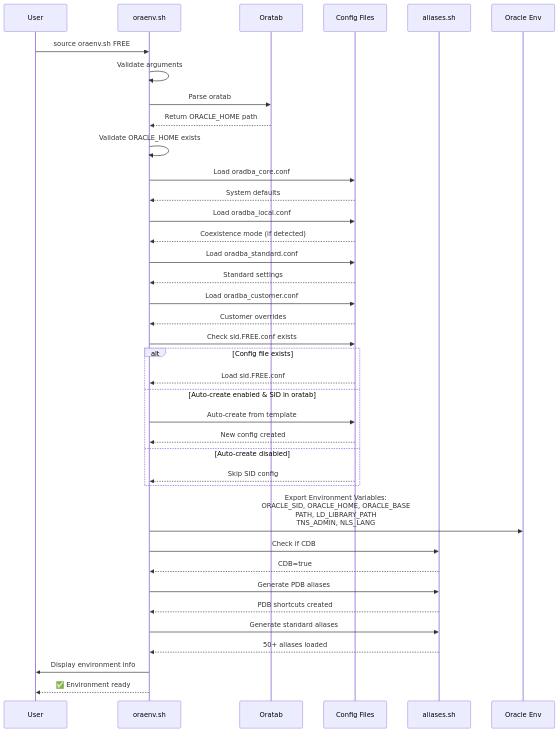
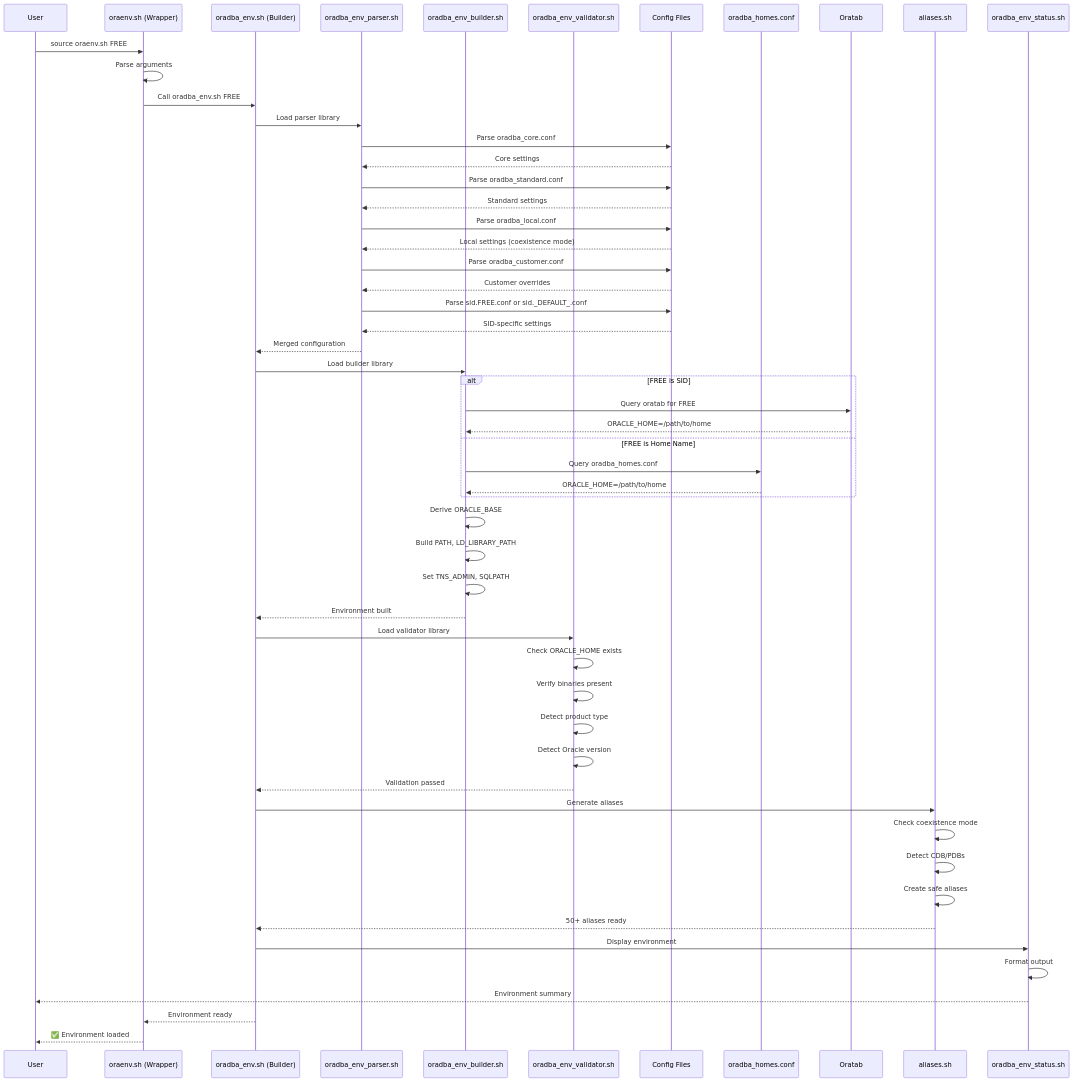
One commit to oehrlis/oradba changed the ninth of 13 diagrams in doc/images/source/diagrams-mermaid.md. Above: the diagram before and after it, drawn with Mermaid. The commit also changed other lines of this file, not shown here.

First line of the commit message:
Phase 5.3: Update Mermaid diagrams for Phase 1-4 configuration system

````diff
--- a/doc/images/source/diagrams-mermaid.md
+++ b/doc/images/source/diagrams-mermaid.md
@@ -505,53 +544,71 @@
 ```mermaid
 sequenceDiagram
     participant User
-    participant oraenv.sh
+    participant oraenv.sh as oraenv.sh (Wrapper)
+    participant oradba_env as oradba_env.sh (Builder)
+    participant Parser as oradba_env_parser.sh
+    participant Builder as oradba_env_builder.sh
+    participant Validator as oradba_env_validator.sh
+    participant Config as Config Files
+    participant Homes as oradba_homes.conf
     participant Oratab
-    participant Config as Config Files
     participant Aliases as aliases.sh
-    participant Oracle as Oracle Env
+    participant Status as oradba_env_status.sh
     
     User->>oraenv.sh: source oraenv.sh FREE
-    oraenv.sh->>oraenv.sh: Validate arguments
+    oraenv.sh->>oraenv.sh: Parse arguments
+    oraenv.sh->>oradba_env: Call oradba_env.sh FREE
     
-    oraenv.sh->>Oratab: Parse oratab
-    Oratab-->>oraenv.sh: Return ORACLE_HOME path
+    oradba_env->>Parser: Load parser library
+    Parser->>Config: Parse oradba_core.conf
+    Config-->>Parser: Core settings
     
-    oraenv.sh->>oraenv.sh: Validate ORACLE_HOME exists
+    Parser->>Config: Parse oradba_standard.conf
+    Config-->>Parser: Standard settings
     
-    oraenv.sh->>Config: Load oradba_core.conf
-    Config-->>oraenv.sh: System defaults
+    Parser->>Config: Parse oradba_local.conf
+    Config-->>Parser: Local settings (coexistence mode)
     
-    oraenv.sh->>Config: Load oradba_local.conf
-    Config-->>oraenv.sh: Coexistence mode (if detected)
+    Parser->>Config: Parse oradba_customer.conf
+    Config-->>Parser: Customer overrides
     
-    oraenv.sh->>Config: Load oradba_standard.conf
-    Config-->>oraenv.sh: Standard settings
+    Parser->>Config: Parse sid.FREE.conf or sid._DEFAULT_.conf
+    Config-->>Parser: SID-specific settings
     
-    oraenv.sh->>Config: Load oradba_customer.conf
-    Config-->>oraenv.sh: Customer overrides
+    Parser-->>oradba_env: Merged configuration
     
-    oraenv.sh->>Config: Check sid.FREE.conf exists
-    alt Config file exists
-        Config-->>oraenv.sh: Load sid.FREE.conf
-    else Auto-create enabled & SID in oratab
-        oraenv.sh->>Config: Auto-create from template
-        Config-->>oraenv.sh: New config created
-    else Auto-create disabled
-        Config-->>oraenv.sh: Skip SID config
+    oradba_env->>Builder: Load builder library
+    
+    alt FREE is SID
+        Builder->>Oratab: Query oratab for FREE
+        Oratab-->>Builder: ORACLE_HOME=/path/to/home
+    else FREE is Home Name
+        Builder->>Homes: Query oradba_homes.conf
+        Homes-->>Builder: ORACLE_HOME=/path/to/home
     end
     
-    oraenv.sh->>Oracle: Export Environment Variables:<br/>ORACLE_SID, ORACLE_HOME, ORACLE_BASE<br/>PATH, LD_LIBRARY_PATH<br/>TNS_ADMIN, NLS_LANG
+    Builder->>Builder: Derive ORACLE_BASE
+    Builder->>Builder: Build PATH, LD_LIBRARY_PATH
+    Builder->>Builder: Set TNS_ADMIN, SQLPATH
+    Builder-->>oradba_env: Environment built
     
-    oraenv.sh->>Aliases: Check if CDB
-    Aliases-->>oraenv.sh: CDB=true
+    oradba_env->>Validator: Load validator library
+    Validator->>Validator: Check ORACLE_HOME exists
+    Validator->>Validator: Verify binaries present
+    Validator->>Validator: Detect product type
+    Validator->>Validator: Detect Oracle version
+    Validator-->>oradba_env: Validation passed
     
-    oraenv.sh->>Aliases: Generate PDB aliases
-    Aliases-->>oraenv.sh: PDB shortcuts created
+    oradba_env->>Aliases: Generate aliases
+    Aliases->>Aliases: Check coexistence mode
+    Aliases->>Aliases: Detect CDB/PDBs
+    Aliases->>Aliases: Create safe aliases
+    Aliases-->>oradba_env: 50+ aliases ready
     
-    oraenv.sh->>Aliases: Generate standard aliases
-    Aliases-->>oraenv.sh: 50+ aliases loaded
+    oradba_env->>Status: Display environment
+    Status->>Status: Format output
+    Status-->>User: Environment summary
     
-    oraenv.sh->>User: Display environment info
-    oraenv.sh-->>User: ✅ Environment ready
+    oradba_env-->>oraenv.sh: Environment ready
+    oraenv.sh-->>User: ✅ Environment loaded
 ```
````
